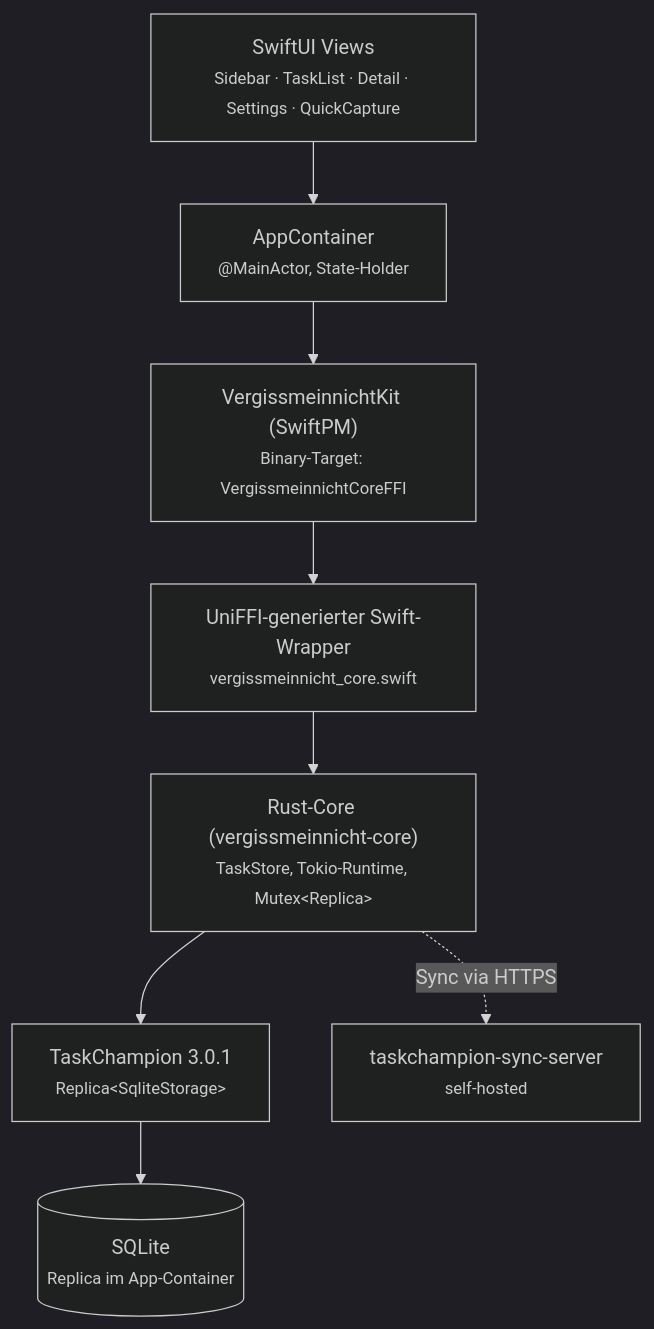
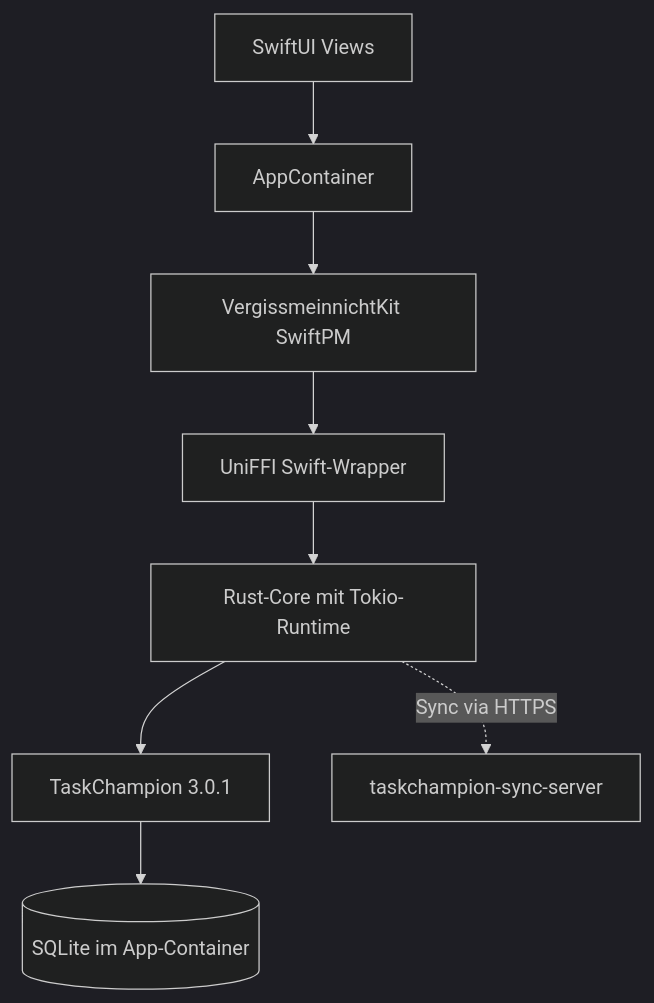
One commit to hnsstrk/hnsstrk.de changed the diagram in content/blog/vergissmeinnicht/index.md. Above: the diagram before and after it, drawn with Mermaid (dark theme).

Commit message:
fix(blog): Mermaid-Diagramm in Vergissmeinnicht-Artikel reparieren
Theme nutzt securityLevel: strict — HTML-Tags (<br/>, <small>) und
HTML-Entities (&lt;, &gt;) in Node-Labels werden blockiert, das
Diagramm rendert als "Syntax error in text".

Diagramm auf einfache Labels ohne HTML, Entities oder Spezialzeichen
reduziert. Untertitel-Informationen stehen ohnehin im Fließtext.

````diff
--- a/content/blog/vergissmeinnicht/index.md
+++ b/content/blog/vergissmeinnicht/index.md
@@ -106,11 +106,11 @@
 ```mermaid
-graph TD
-    UI["SwiftUI Views<br/><small>Sidebar · TaskList · Detail · Settings · QuickCapture</small>"]
-    UI --> AC["AppContainer<br/><small>@MainActor, State-Holder</small>"]
-    AC --> KIT["VergissmeinnichtKit (SwiftPM)<br/><small>Binary-Target: VergissmeinnichtCoreFFI</small>"]
-    KIT --> WRAP["UniFFI-generierter Swift-Wrapper<br/><small>vergissmeinnicht_core.swift</small>"]
-    WRAP --> RUST["Rust-Core (vergissmeinnicht-core)<br/><small>TaskStore, Tokio-Runtime, Mutex&lt;Replica&gt;</small>"]
-    RUST --> TC["TaskChampion 3.0.1<br/><small>Replica&lt;SqliteStorage&gt;</small>"]
-    TC --> DB[("SQLite<br/><small>Replica im App-Container</small>")]
-    RUST -.->|"Sync via HTTPS"| SRV["taskchampion-sync-server<br/><small>self-hosted</small>"]
+flowchart TD
+    UI[SwiftUI Views]
+    UI --> AC[AppContainer]
+    AC --> KIT[VergissmeinnichtKit SwiftPM]
+    KIT --> WRAP[UniFFI Swift-Wrapper]
+    WRAP --> RUST[Rust-Core mit Tokio-Runtime]
+    RUST --> TC[TaskChampion 3.0.1]
+    TC --> DB[(SQLite im App-Container)]
+    RUST -.->|Sync via HTTPS| SRV[taskchampion-sync-server]
 ```
````
